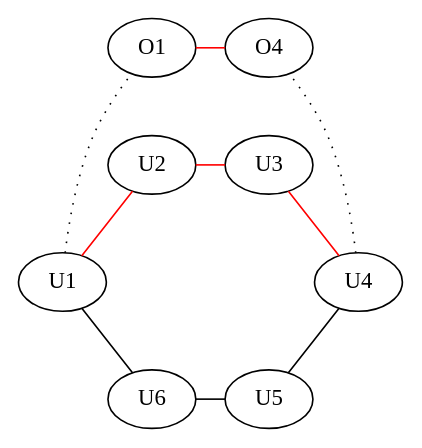
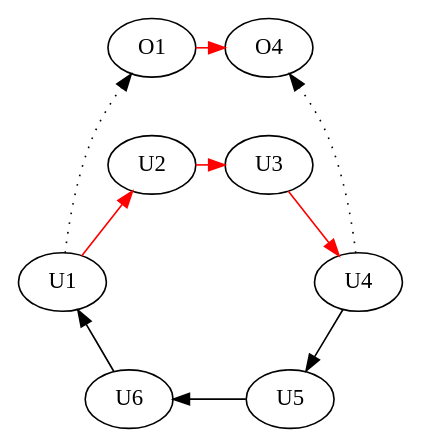
One commit to Kiyotoko/anonymous-communication-systems changed the diagram in graph/overlay_network.dot. Above: the diagram before and after it, drawn with Graphviz. The commit also changed 14 other files, not shown here.

```diff
--- a/graph/overlay_network.dot
+++ b/graph/overlay_network.dot
@@ -1,34 +1,36 @@
-graph {
+digraph {
 	rankdir=TD
 
-    {O1} -- {O4}[color=red]
+    {O1} -> {O4}[color=red]
 
     subgraph {
 		label="Overlay"
         center=true
 	
         O1 O4
         
         {rank=same O1 O4}
 	}
 
-    {U1} -- U2 -- U3 -- {U4}[color=red]
-    {U1} -- U6 -- U5 -- {U4}
-    {U2} -- {U6}[style=invis]
-    {U3} -- {U5}[style=invis]
+    U1 -> U2 -> U3 -> U4[color=red]
+    U4 -> U5
+    U5 -> U6[constraint=false]
+    U6 -> U1
+    {U2} -> {U6}[style=invis]
+    {U3} -> {U5}[style=invis]
 
     subgraph {
 		label="Underlay"
         center=true
 	
         U1 U2 U3 U4 U5 U6
 
         {rank=same U2 U3}
         {rank=same U1 U4}
         {rank=same U5 U6}
 	}
 
-    {U1} -- {O1}[style=dotted]
-    {U4} -- {O4}[style=dotted]
-    {O1} -- {U2 U3} -- {O4}[style=invis]
+    {U1} -> {O1}[style=dotted, shape=none]
+    {U4} -> {O4}[style=dotted, shape=none]
+    {O1} -> {U2 U3} -> {O4}[style=invis]
 }
```
